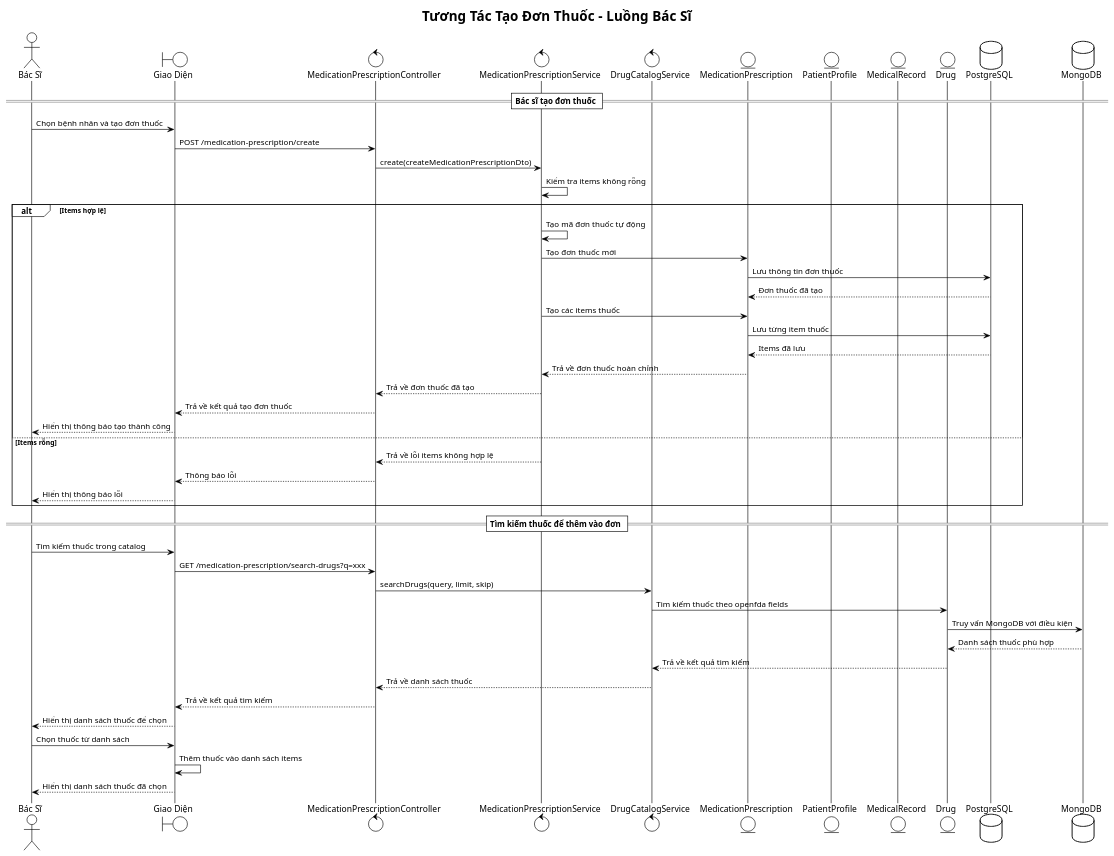
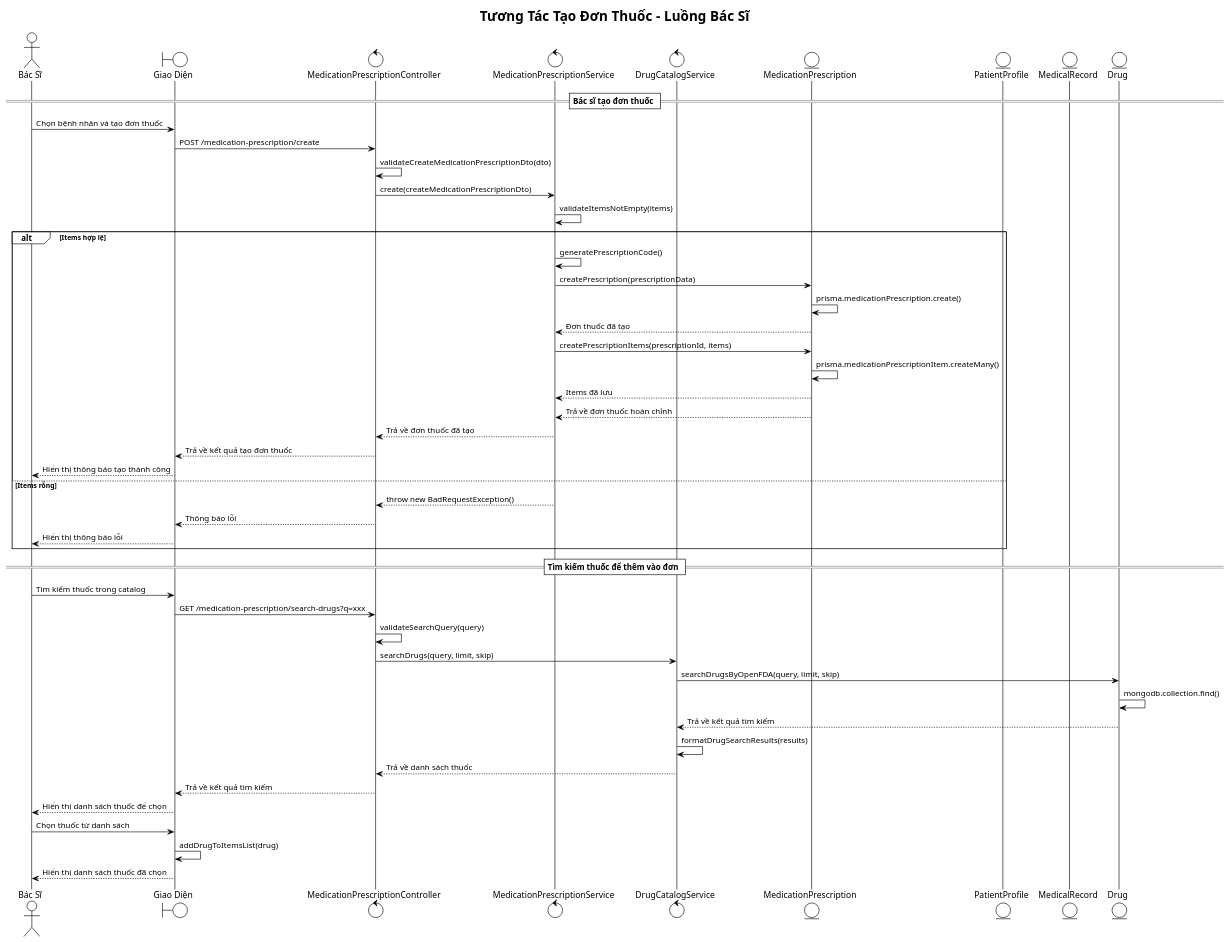
Before and after one commit to iamKhang/revita-be: the diagram in docs/medication-prescription-sequence.puml, drawn with PlantUML. The commit also changed 7 other files, not shown here.

Commit message:
Update sequence

```diff
--- a/docs/medication-prescription-sequence.puml
+++ b/docs/medication-prescription-sequence.puml
@@ -1,62 +1,62 @@
 @startuml Medication Prescription Sequence Diagram
 !theme plain
 title Tương Tác Tạo Đơn Thuốc - Luồng Bác Sĩ
 
 actor "Bác Sĩ" as D
 boundary "Giao Diện" as F
 control "MedicationPrescriptionController" as C
 control "MedicationPrescriptionService" as M
 control "DrugCatalogService" as DC
 entity "MedicationPrescription" as MP
 entity "PatientProfile" as PP
 entity "MedicalRecord" as MR
 entity "Drug" as DR
-database "PostgreSQL" as PG
-database "MongoDB" as MG
 
 == Bác sĩ tạo đơn thuốc ==
 
 D -> F: Chọn bệnh nhân và tạo đơn thuốc
 F -> C: POST /medication-prescription/create
+C -> C: validateCreateMedicationPrescriptionDto(dto)
 C -> M: create(createMedicationPrescriptionDto)
-M -> M: Kiểm tra items không rỗng
+M -> M: validateItemsNotEmpty(items)
 
 alt Items hợp lệ
-  M -> M: Tạo mã đơn thuốc tự động
-  M -> MP: Tạo đơn thuốc mới
-  MP -> PG: Lưu thông tin đơn thuốc
-  PG --> MP: Đơn thuốc đã tạo
+  M -> M: generatePrescriptionCode()
+  M -> MP: createPrescription(prescriptionData)
+  MP -> MP: prisma.medicationPrescription.create()
+  MP --> M: Đơn thuốc đã tạo
   
-  M -> MP: Tạo các items thuốc
-  MP -> PG: Lưu từng item thuốc
-  PG --> MP: Items đã lưu
+  M -> MP: createPrescriptionItems(prescriptionId, items)
+  MP -> MP: prisma.medicationPrescriptionItem.createMany()
+  MP --> M: Items đã lưu
   MP --> M: Trả về đơn thuốc hoàn chỉnh
   
   M --> C: Trả về đơn thuốc đã tạo
   C --> F: Trả về kết quả tạo đơn thuốc
   F --> D: Hiển thị thông báo tạo thành công
   
 else Items rỗng
-  M --> C: Trả về lỗi items không hợp lệ
+  M --> C: throw new BadRequestException()
   C --> F: Thông báo lỗi
   F --> D: Hiển thị thông báo lỗi
 end
 
 == Tìm kiếm thuốc để thêm vào đơn ==
 
 D -> F: Tìm kiếm thuốc trong catalog
 F -> C: GET /medication-prescription/search-drugs?q=xxx
+C -> C: validateSearchQuery(query)
 C -> DC: searchDrugs(query, limit, skip)
-DC -> DR: Tìm kiếm thuốc theo openfda fields
-DR -> MG: Truy vấn MongoDB với điều kiện
-MG --> DR: Danh sách thuốc phù hợp
+DC -> DR: searchDrugsByOpenFDA(query, limit, skip)
+DR -> DR: mongodb.collection.find()
 DR --> DC: Trả về kết quả tìm kiếm
+DC -> DC: formatDrugSearchResults(results)
 DC --> C: Trả về danh sách thuốc
 C --> F: Trả về kết quả tìm kiếm
 F --> D: Hiển thị danh sách thuốc để chọn
 
 D -> F: Chọn thuốc từ danh sách
-F -> F: Thêm thuốc vào danh sách items
+F -> F: addDrugToItemsList(drug)
 F --> D: Hiển thị danh sách thuốc đã chọn
 
 @enduml
```
